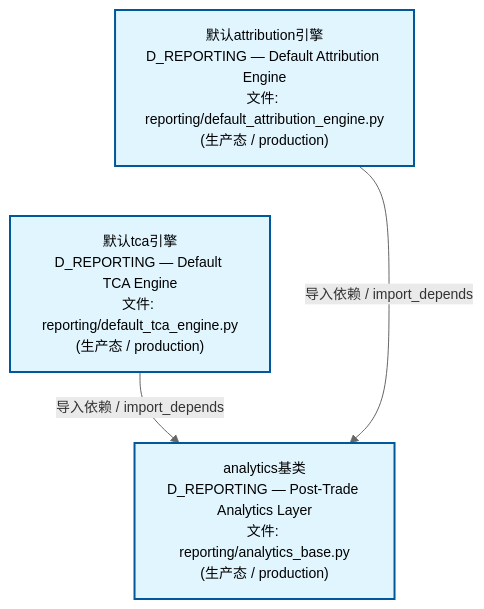
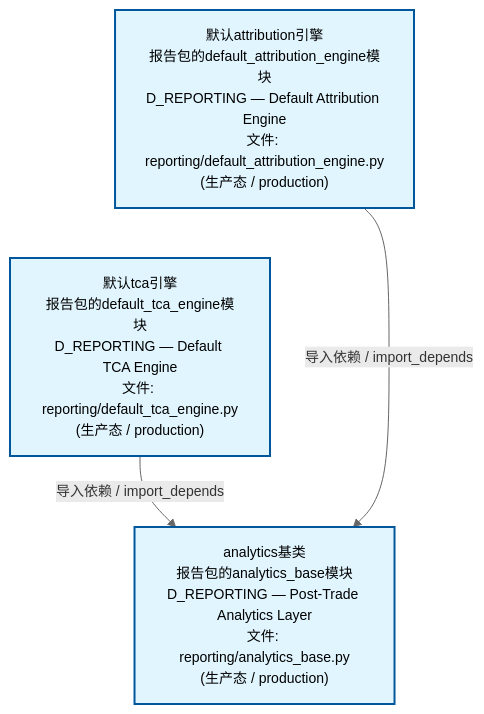
One commit to xuanFelixVan/ZephyrAlpha changed the second of 4 diagrams in docs/02_enterprise_architecture/02_domain_architecture_docs/26_d_reporting.md. Above: the diagram before and after it, drawn with Mermaid. The commit also changed other lines of this file and 15 other files, not shown here.

````diff
--- a/docs/02_enterprise_architecture/02_domain_architecture_docs/26_d_reporting.md
+++ b/docs/02_enterprise_architecture/02_domain_architecture_docs/26_d_reporting.md
@@ -117,15 +117,15 @@
 ```mermaid
 %%{init: {'theme': 'base', 'themeVariables': {'primaryColor': '#eaeaea', 'primaryTextColor': '#333333', 'primaryBorderColor': '#666666', 'lineColor': '#666666', 'secondaryColor': '#eaeaea', 'tertiaryColor': '#eaeaea', 'fontSize': '14px'}}}%%
 flowchart TD
-    src_zephyr_reporting_default_attribution_engine_py["默认attribution引擎<br/>D_REPORTING — Default Attribution Engine<br/>文件: reporting/default_attribution_engine.py<br/>(生产态 / production)"]
-    src_zephyr_reporting_default_tca_engine_py["默认tca引擎<br/>D_REPORTING — Default TCA Engine<br/>文件: reporting/default_tca_engine.py<br/>(生产态 / production)"]
+    src_zephyr_reporting_default_attribution_engine_py["默认attribution引擎<br/>报告包的default_attribution_engine模块<br/>D_REPORTING — Default Attribution Engine<br/>文件: reporting/default_attribution_engine.py<br/>(生产态 / production)"]
+    src_zephyr_reporting_default_tca_engine_py["默认tca引擎<br/>报告包的default_tca_engine模块<br/>D_REPORTING — Default TCA Engine<br/>文件: reporting/default_tca_engine.py<br/>(生产态 / production)"]
     src_zephyr_reporting_default_attribution_engine_py ~~~ src_zephyr_reporting_default_tca_engine_py
-    src_zephyr_reporting_analytics_base_py["analytics基类<br/>D_REPORTING — Post-Trade Analytics Layer<br/>文件: reporting/analytics_base.py<br/>(生产态 / production)"]
+    src_zephyr_reporting_analytics_base_py["analytics基类<br/>报告包的analytics_base模块<br/>D_REPORTING — Post-Trade Analytics Layer<br/>文件: reporting/analytics_base.py<br/>(生产态 / production)"]
     src_zephyr_reporting_default_tca_engine_py -->|导入依赖 / import_depends| src_zephyr_reporting_analytics_base_py
     src_zephyr_reporting_default_attribution_engine_py -->|导入依赖 / import_depends| src_zephyr_reporting_analytics_base_py
     classDef production fill:#e1f5fe,stroke:#01579b,stroke-width:2px,color:#000
     classDef design fill:#fff3e0,stroke:#e65100,stroke-width:2px,color:#000,stroke-dasharray: 5 5
     classDef external_prod fill:#e8f4fd,stroke:#0277bd,stroke-width:1px,color:#000
     classDef external_design fill:#fff8e7,stroke:#ef6c00,stroke-width:1px,color:#000,stroke-dasharray: 5 5
     class src_zephyr_reporting_analytics_base_py,src_zephyr_reporting_default_attribution_engine_py,src_zephyr_reporting_default_tca_engine_py production
 ```
````
